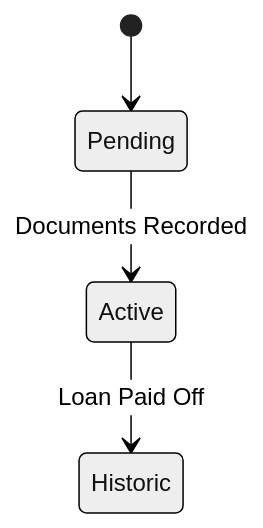
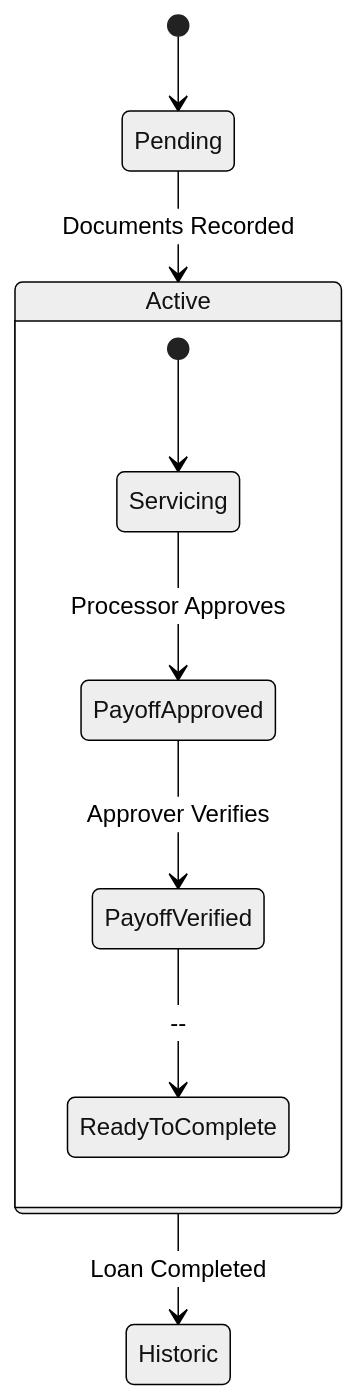
Before and after one commit to grysngrhm-tech/TD3-docs: the second of 4 diagrams in docs/ARCHITECTURE.md, drawn with Mermaid (neutral theme). The commit also changed other lines of this file and 1 other file, not shown here.

````diff
--- a/docs/ARCHITECTURE.md
+++ b/docs/ARCHITECTURE.md
@@ -69,6 +75,14 @@
 ```mermaid
 stateDiagram-v2
     [*] --> Pending
     Pending --> Active : Documents Recorded
-    Active --> Historic : Loan Paid Off
+
+    state Active {
+        [*] --> Servicing
+        Servicing --> PayoffApproved : Processor Approves
+        PayoffApproved --> PayoffVerified : Approver Verifies
+        PayoffVerified --> ReadyToComplete : --
+    }
+
+    Active --> Historic : Loan Completed
 ```
````
